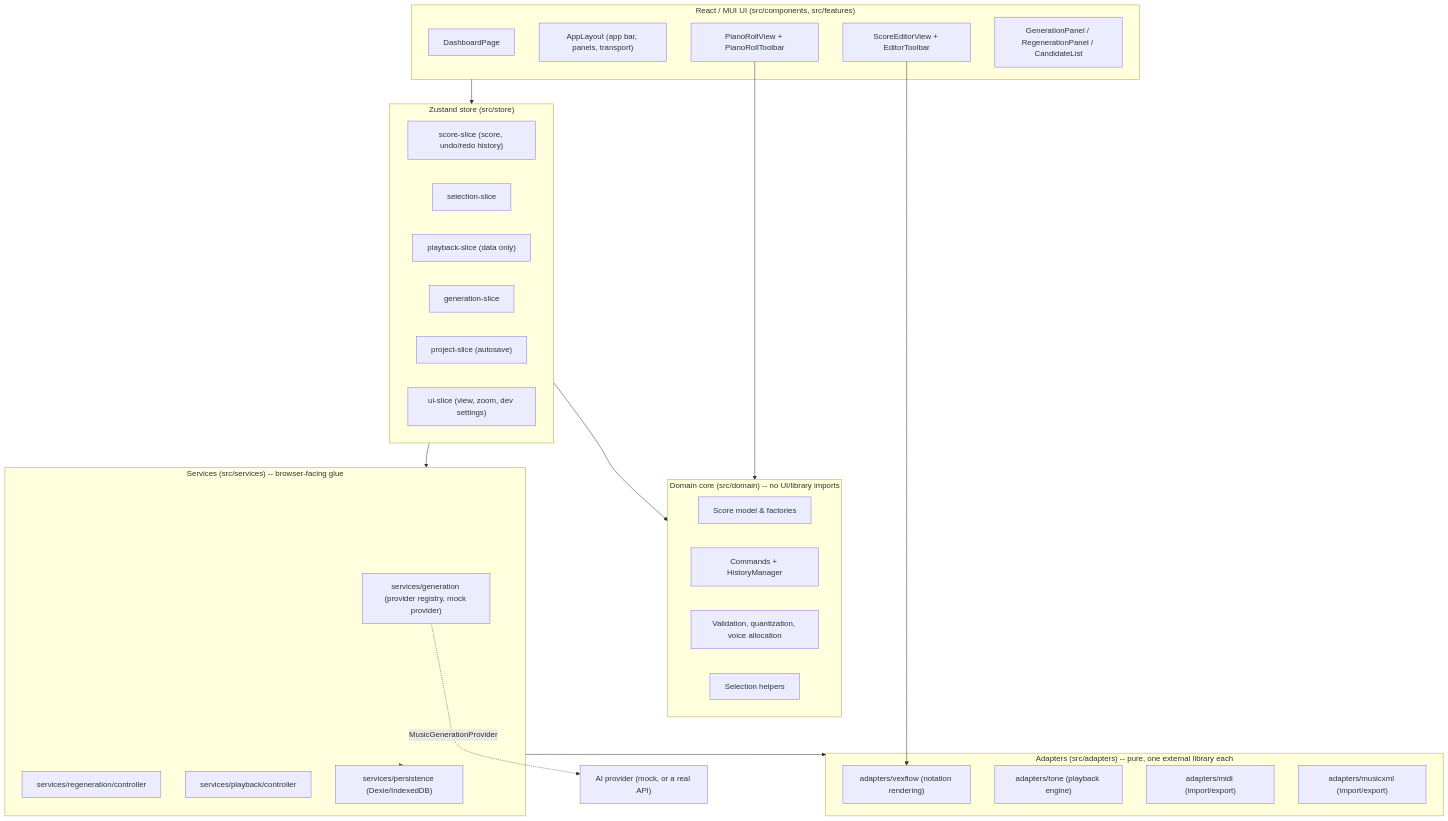
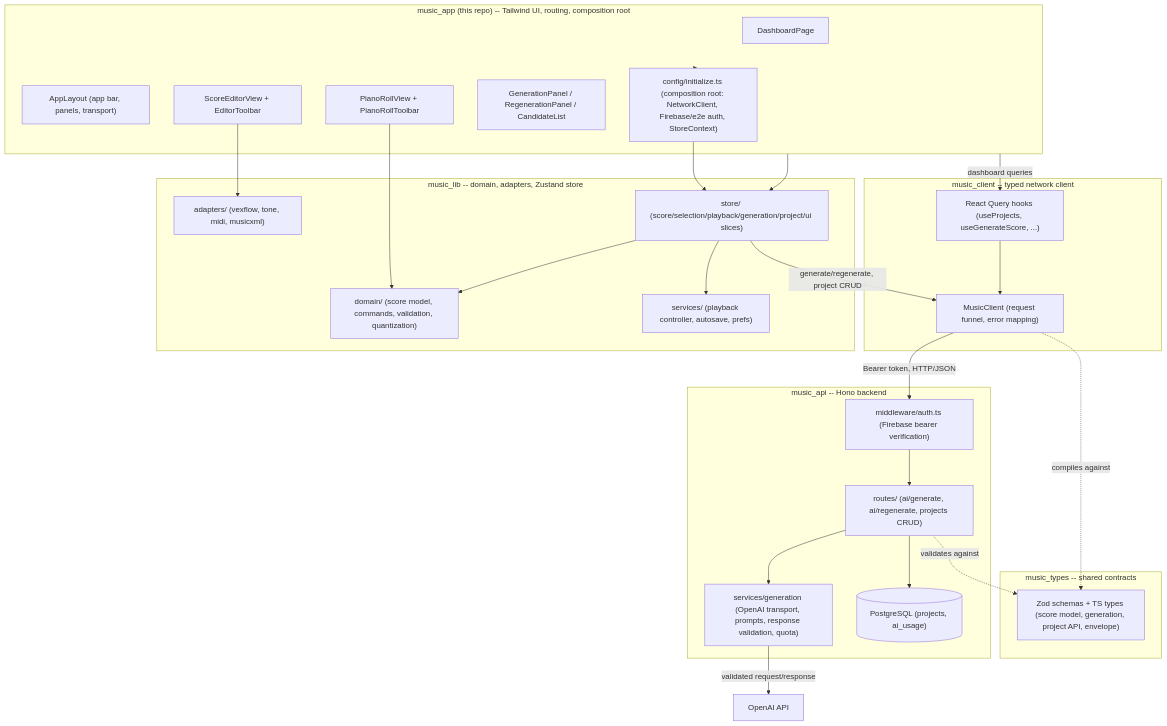
The diagram in docs/architecture.md (johnqh/music_app), drawn with Mermaid before and after one commit. The commit also changed other lines of this file and 9 other files, not shown here.

First line of the commit message:
feat: complete MUI removal + docs for the five-repo architecture (T13)

````diff
--- a/docs/architecture.md
+++ b/docs/architecture.md
@@ -23,49 +35,52 @@
 ```mermaid
 flowchart TB
-    subgraph UI["React / MUI UI (src/components, src/features)"]
+    subgraph App["music_app (this repo) -- Tailwind UI, routing, composition root"]
         Dashboard["DashboardPage"]
         AppLayout["AppLayout (app bar, panels, transport)"]
         ScoreEditorView["ScoreEditorView + EditorToolbar"]
         PianoRollView["PianoRollView + PianoRollToolbar"]
         Generation["GenerationPanel / RegenerationPanel / CandidateList"]
+        Init["config/initialize.ts (composition root: NetworkClient, Firebase/e2e auth, StoreContext)"]
     end
 
-    subgraph Store["Zustand store (src/store)"]
-        ScoreSlice["score-slice (score, undo/redo history)"]
-        SelectionSlice["selection-slice"]
-        PlaybackSlice["playback-slice (data only)"]
-        GenerationSlice["generation-slice"]
-        ProjectSlice["project-slice (autosave)"]
-        UiSlice["ui-slice (view, zoom, dev settings)"]
+    subgraph Lib["music_lib -- domain, adapters, Zustand store"]
+        Store["store/ (score/selection/playback/generation/project/ui slices)"]
+        Domain["domain/ (score model, commands, validation, quantization)"]
+        Adapters["adapters/ (vexflow, tone, midi, musicxml)"]
+        Services["services/ (playback controller, autosave, prefs)"]
     end
 
-    subgraph Domain["Domain core (src/domain) -- no UI/library imports"]
-        ScoreModel["Score model & factories"]
-        Commands["Commands + HistoryManager"]
-        Validation["Validation, quantization, voice allocation"]
-        SelectionDomain["Selection helpers"]
+    subgraph Client["music_client -- typed network client"]
+        MusicClient["MusicClient (request funnel, error mapping)"]
+        Hooks["React Query hooks (useProjects, useGenerateScore, ...)"]
     end
 
-    subgraph Adapters["Adapters (src/adapters) -- pure, one external library each"]
-        VexFlow["adapters/vexflow (notation rendering)"]
-        ToneAdapter["adapters/tone (playback engine)"]
-        Midi["adapters/midi (import/export)"]
-        MusicXml["adapters/musicxml (import/export)"]
+    subgraph Types["music_types -- shared contracts"]
+        Schemas["Zod schemas + TS types (score model, generation, project API, envelope)"]
     end
 
-    subgraph Services["Services (src/services) -- browser-facing glue"]
-        GenSvc["services/generation (provider registry, mock provider)"]
-        RegenSvc["services/regeneration/controller"]
-        PlaybackSvc["services/playback/controller"]
-        Persistence["services/persistence (Dexie/IndexedDB)"]
+    subgraph Api["music_api -- Hono backend"]
+        Routes["routes/ (ai/generate, ai/regenerate, projects CRUD)"]
+        AuthMw["middleware/auth.ts (Firebase bearer verification)"]
+        GenSvc["services/generation (OpenAI transport, prompts, response validation, quota)"]
+        DB[("PostgreSQL (projects, ai_usage)")]
     end
 
-    UI --> Store
+    App --> Init
+    Init --> Store
+    App --> Store
+    ScoreEditorView --> Adapters
+    PianoRollView --> Domain
     Store --> Domain
     Store --> Services
-    Services --> Adapters
-    ScoreEditorView --> VexFlow
-    PianoRollView --> Domain
-    Services --> Persistence
-    GenSvc -.->|MusicGenerationProvider| ExternalAI["AI provider (mock, or a real API)"]
+    Store -->|generate/regenerate, project CRUD| MusicClient
+    App -->|dashboard queries| Hooks
+    Hooks --> MusicClient
+    MusicClient -->|Bearer token, HTTP/JSON| AuthMw
+    AuthMw --> Routes
+    Routes --> GenSvc
+    Routes --> DB
+    GenSvc -->|validated request/response| OpenAI["OpenAI API"]
+    MusicClient -.->|compiles against| Schemas
+    Routes -.->|validates against| Schemas
 ```
````
